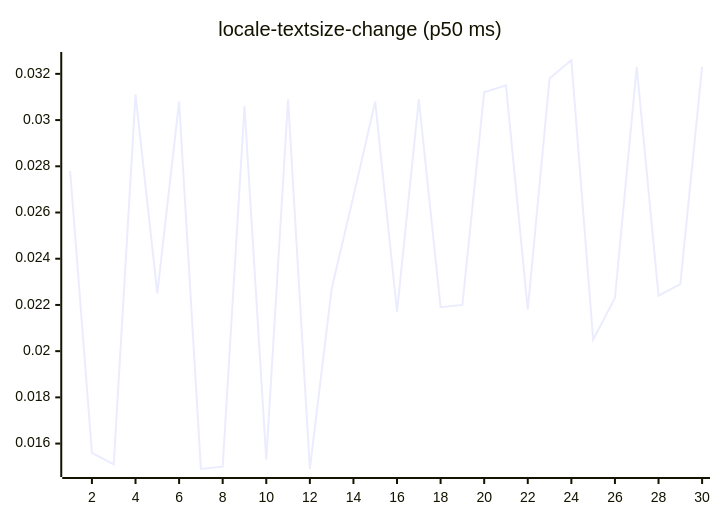
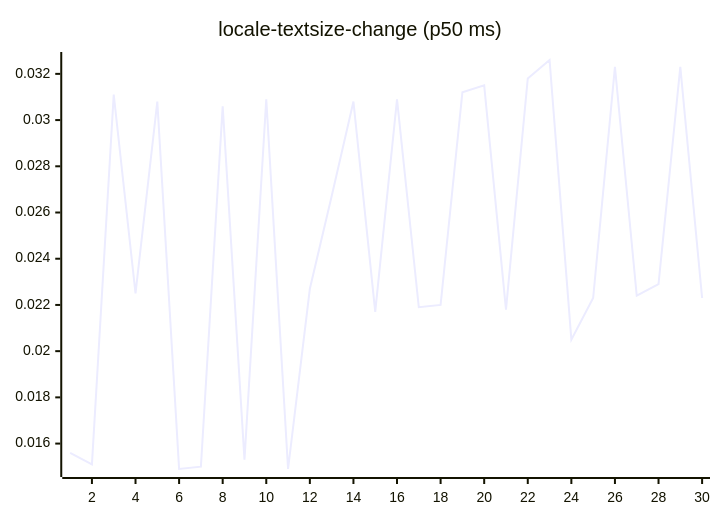
One commit to josha/Facet changed diagram 13 of 27 in README.md. Above: the diagram before and after it, drawn with Mermaid. The commit also changed other lines of this file and 2 other files, not shown here.

````diff
--- a/README.md
+++ b/README.md
@@ -147,6 +147,6 @@
 ```mermaid
 xychart-beta
     title "locale-textsize-change (p50 ms)"
     x-axis 1 --> 30
-    line [0.0278, 0.0156, 0.0151, 0.0311, 0.0225, 0.0308, 0.0149, 0.0150, 0.0306, 0.0153, 0.0309, 0.0149, 0.0227, 0.0267, 0.0308, 0.0217, 0.0309, 0.0219, 0.0220, 0.0312, 0.0315, 0.0218, 0.0318, 0.0326, 0.0205, 0.0223, 0.0323, 0.0224, 0.0229, 0.0323]
+    line [0.0156, 0.0151, 0.0311, 0.0225, 0.0308, 0.0149, 0.0150, 0.0306, 0.0153, 0.0309, 0.0149, 0.0227, 0.0267, 0.0308, 0.0217, 0.0309, 0.0219, 0.0220, 0.0312, 0.0315, 0.0218, 0.0318, 0.0326, 0.0205, 0.0223, 0.0323, 0.0224, 0.0229, 0.0323, 0.0223]
 ```
````
